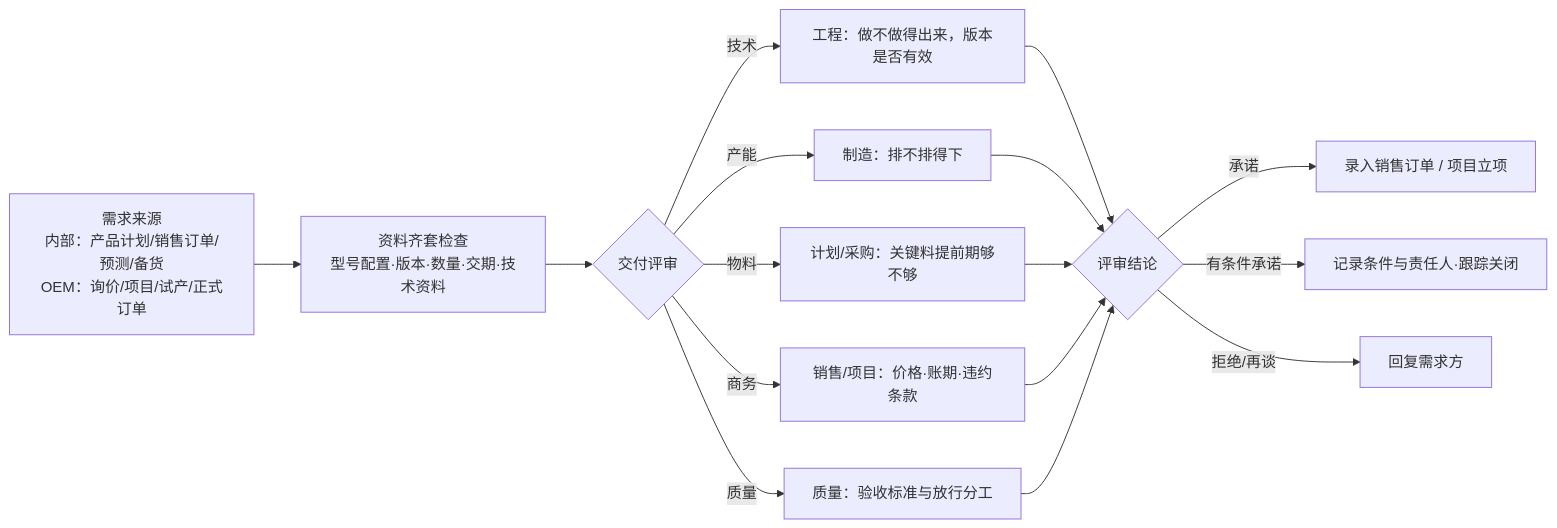
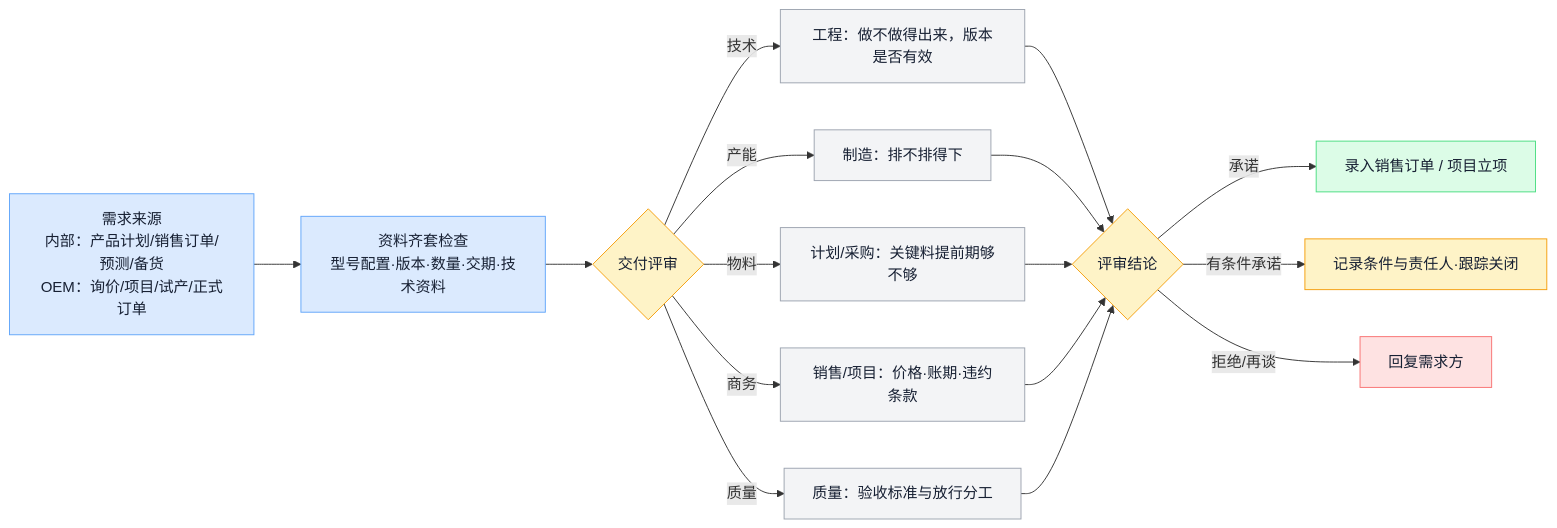
The sixth of 16 diagrams in docs/manufacturing-system-handbook.md (ink-hz/AI-Manufacturing-Platform), drawn with Mermaid before and after one commit. The commit also changed other lines of this file, not shown here.

Commit message:
docs: publish maintained handbook diagram colors

````diff
--- a/docs/manufacturing-system-handbook.md
+++ b/docs/manufacturing-system-handbook.md
@@ -233,14 +290,24 @@
 ```mermaid
 flowchart LR
     A[需求来源<br/>内部：产品计划/销售订单/预测/备货<br/>OEM：询价/项目/试产/正式订单] --> B[资料齐套检查<br/>型号配置·版本·数量·交期·技术资料]
     B --> C{交付评审}
     C -->|技术| C1[工程：做不做得出来，版本是否有效]
     C -->|产能| C2[制造：排不排得下]
     C -->|物料| C3[计划/采购：关键料提前期够不够]
     C -->|商务| C4[销售/项目：价格·账期·违约条款]
     C -->|质量| C5[质量：验收标准与放行分工]
     C1 & C2 & C3 & C4 & C5 --> D{评审结论}
     D -->|承诺| E[录入销售订单 / 项目立项]
     D -->|有条件承诺| F[记录条件与责任人·跟踪关闭]
     D -->|拒绝/再谈| G[回复需求方]
+    class A,B biz
+    class C,D,F qa
+    class C1,C2,C3,C4,C5 store
+    class E exec
+    class G risk
+    classDef biz fill:#DBEAFE,stroke:#60A5FA,color:#172033;
+    classDef qa fill:#FEF3C7,stroke:#F59E0B,color:#172033;
+    classDef store fill:#F3F4F6,stroke:#9CA3AF,color:#172033;
+    classDef exec fill:#DCFCE7,stroke:#4ADE80,color:#172033;
+    classDef risk fill:#FEE2E2,stroke:#F87171,color:#172033;
 ```
````
